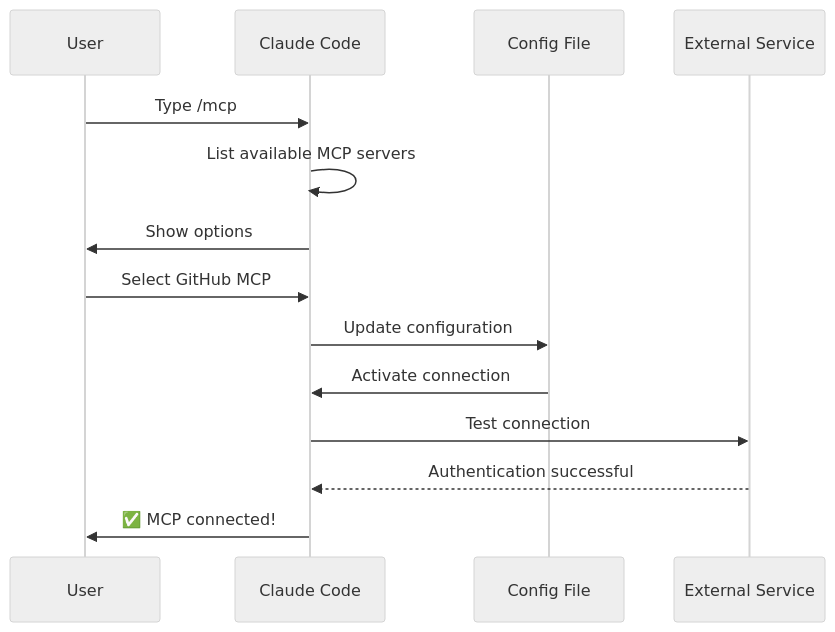
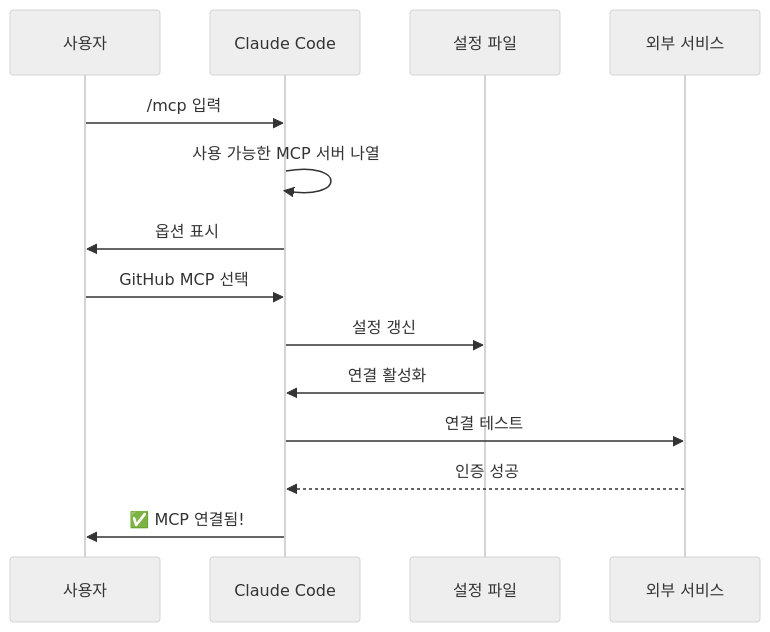
Diagram 14 of 31 in claude_concepts_guide.md (KIMDONGWHEE99/howkorean), drawn with Mermaid (neutral theme) before and after one commit. The commit also changed other lines of this file, not shown here.

First line of the commit message:
docs(claude_concepts_guide): 한국어로 번역

````diff
--- a/claude_concepts_guide.md
+++ b/claude_concepts_guide.md
@@ -405,17 +405,17 @@
 ```mermaid
 sequenceDiagram
-    participant User
+    participant User as 사용자
     participant Claude as Claude Code
-    participant Config as Config File
-    participant Service as External Service
+    participant Config as 설정 파일
+    participant Service as 외부 서비스
 
-    User->>Claude: Type /mcp
-    Claude->>Claude: List available MCP servers
-    Claude->>User: Show options
-    User->>Claude: Select GitHub MCP
-    Claude->>Config: Update configuration
-    Config->>Claude: Activate connection
-    Claude->>Service: Test connection
-    Service-->>Claude: Authentication successful
-    Claude->>User: ✅ MCP connected!
+    User->>Claude: /mcp 입력
+    Claude->>Claude: 사용 가능한 MCP 서버 나열
+    Claude->>User: 옵션 표시
+    User->>Claude: GitHub MCP 선택
+    Claude->>Config: 설정 갱신
+    Config->>Claude: 연결 활성화
+    Claude->>Service: 연결 테스트
+    Service-->>Claude: 인증 성공
+    Claude->>User: ✅ MCP 연결됨!
 ```
````
